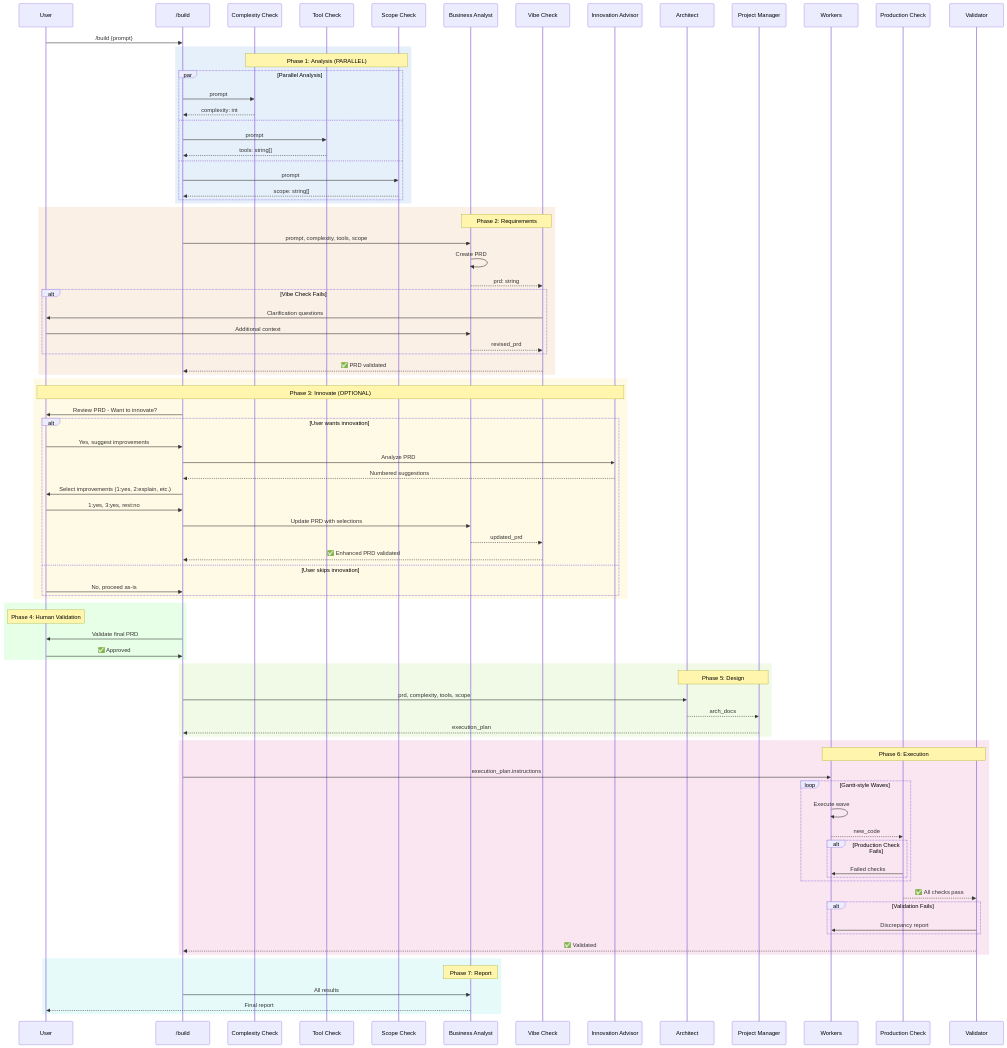
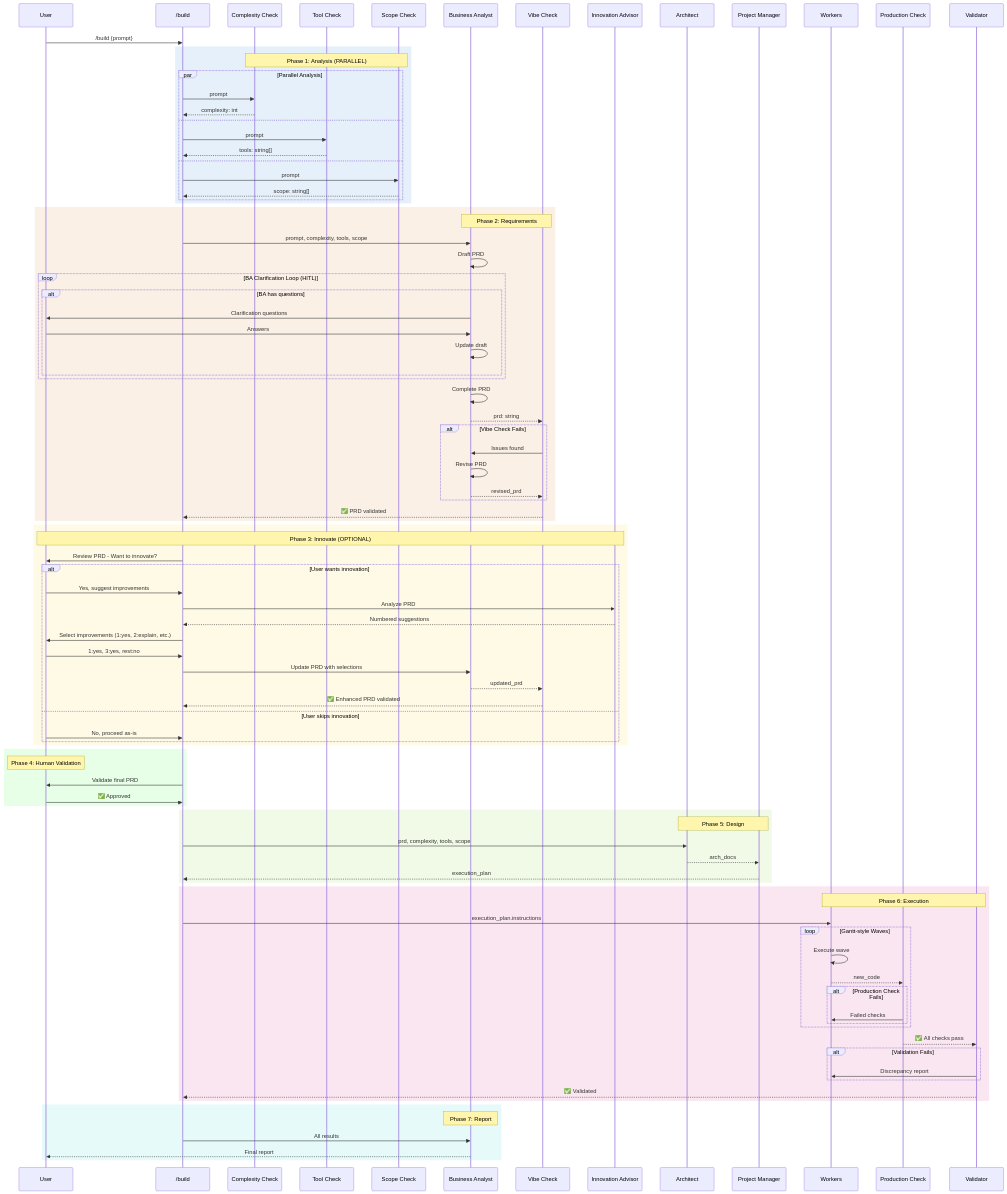
Before and after one commit to metasaver/metasaver-marketplace: the fifth of 5 diagrams in docs/build-command-target-state.md, drawn with Mermaid. The commit also changed other lines of this file and 11 other files, not shown here.

```diff
--- a/docs/build-command-target-state.md
+++ b/docs/build-command-target-state.md
@@ -256,12 +259,22 @@
     rect rgb(250, 240, 230)
         Note over BA,VC: Phase 2: Requirements
         CMD->>BA: prompt, complexity, tools, scope
-        BA->>BA: Create PRD
+        BA->>BA: Draft PRD
+
+        loop BA Clarification Loop (HITL)
+            alt BA has questions
+                BA->>U: Clarification questions
+                U->>BA: Answers
+                BA->>BA: Update draft
+            end
+        end
+
+        BA->>BA: Complete PRD
         BA-->>VC: prd: string
 
         alt Vibe Check Fails
-            VC->>U: Clarification questions
-            U->>BA: Additional context
+            VC->>BA: Issues found
+            BA->>BA: Revise PRD
             BA-->>VC: revised_prd
         end
         VC-->>CMD: ✅ PRD validated
```
